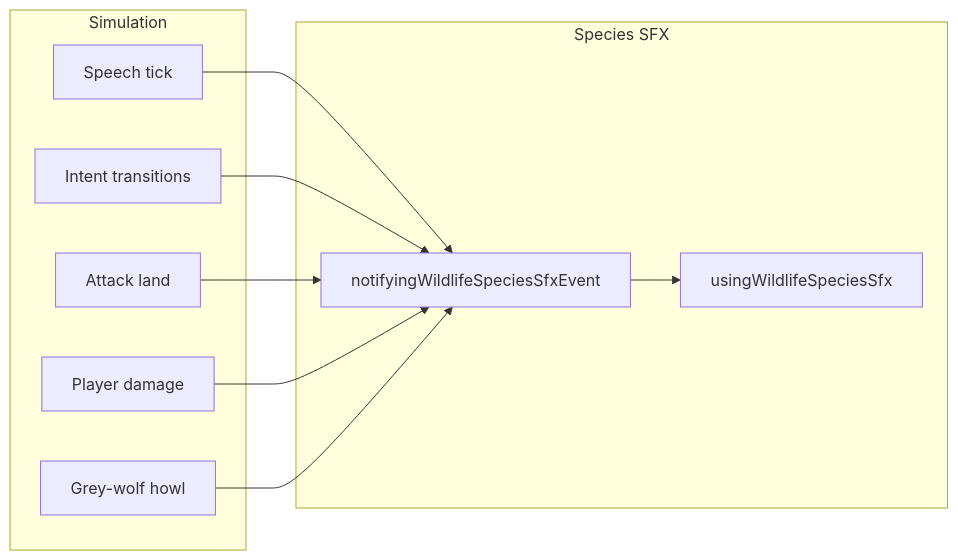
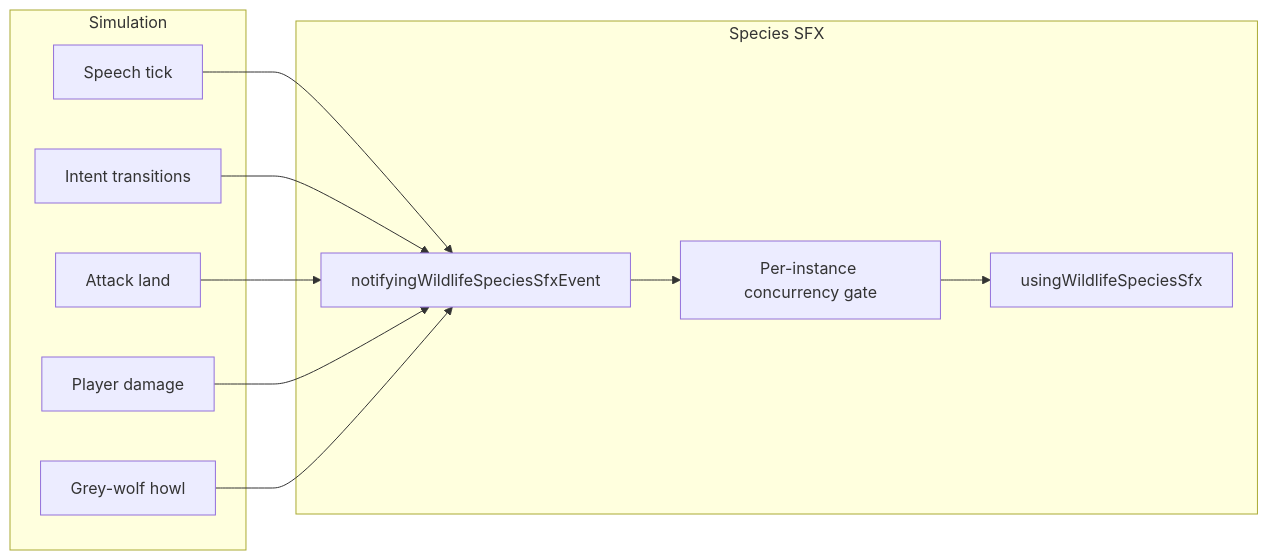
One commit to Jayrr-Dev/reigncraft changed the fourth of 4 diagrams in gameplay/mechanics/wildlife/mechanics.md. Above: the diagram before and after it, drawn with Mermaid. The commit also changed other lines of this file and 114 other files, not shown here.

````diff
--- a/gameplay/mechanics/wildlife/mechanics.md
+++ b/gameplay/mechanics/wildlife/mechanics.md
@@ -615,20 +616,22 @@
 ```mermaid
 flowchart LR
   subgraph sim [Simulation]
     SP[Speech tick]
     IT[Intent transitions]
     AT[Attack land]
     DM[Player damage]
     HW[Grey-wolf howl]
   end
   subgraph bus [Species SFX]
     NT[notifyingWildlifeSpeciesSfxEvent]
+    CG[Per-instance concurrency gate]
     HK[usingWildlifeSpeciesSfx]
   end
   SP --> NT
   IT --> NT
   AT --> NT
   DM --> NT
   HW --> NT
-  NT --> HK
+  NT --> CG
+  CG --> HK
 ```
````
